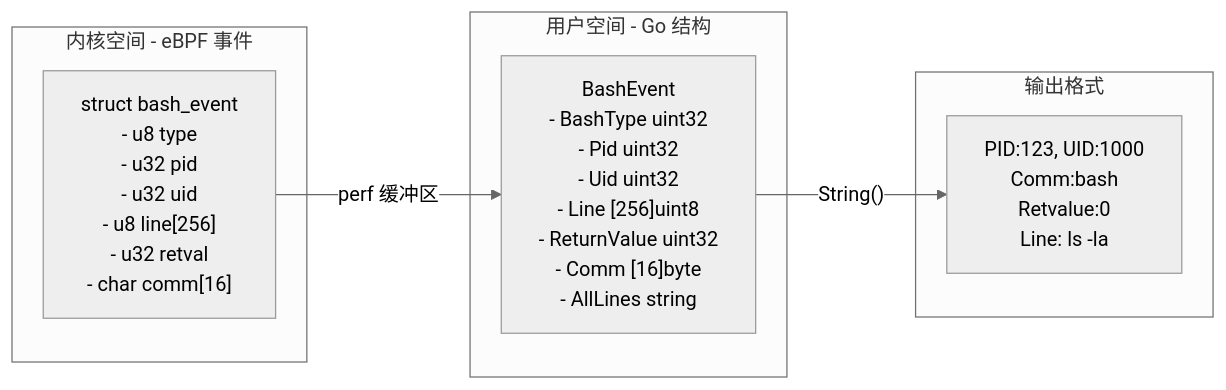
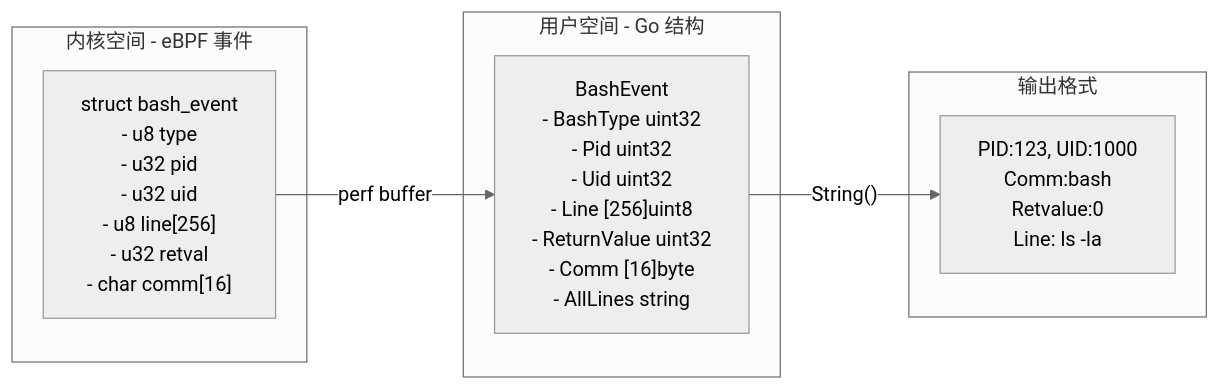
Before and after one commit to gojue/ecapture.cc: the second of 6 diagrams in src/zh/3-capture-modules/3.2.1-shell-command-auditing.md, drawn with Mermaid (neutral theme). The commit also changed other lines of this file and 115 other files, not shown here.

````diff
--- a/src/zh/3-capture-modules/3.2.1-shell-command-auditing.md
+++ b/src/zh/3-capture-modules/3.2.1-shell-command-auditing.md
@@ -145,17 +147,17 @@
 ```mermaid
 graph LR
     subgraph "内核空间 - eBPF 事件"
         BPFStruct["struct bash_event<br/>- u8 type<br/>- u32 pid<br/>- u32 uid<br/>- u8 line[256]<br/>- u32 retval<br/>- char comm[16]"]
     end
     
     subgraph "用户空间 - Go 结构"
         GoStruct["BashEvent<br/>- BashType uint32<br/>- Pid uint32<br/>- Uid uint32<br/>- Line [256]uint8<br/>- ReturnValue uint32<br/>- Comm [16]byte<br/>- AllLines string"]
     end
     
     subgraph "输出格式"
         StringOut["PID:123, UID:1000<br/>Comm:bash<br/>Retvalue:0<br/>Line: ls -la"]
     end
     
-    BPFStruct -->|"perf 缓冲区"| GoStruct
+    BPFStruct -->|"perf buffer"| GoStruct
     GoStruct -->|"String()"| StringOut
 ```
````
